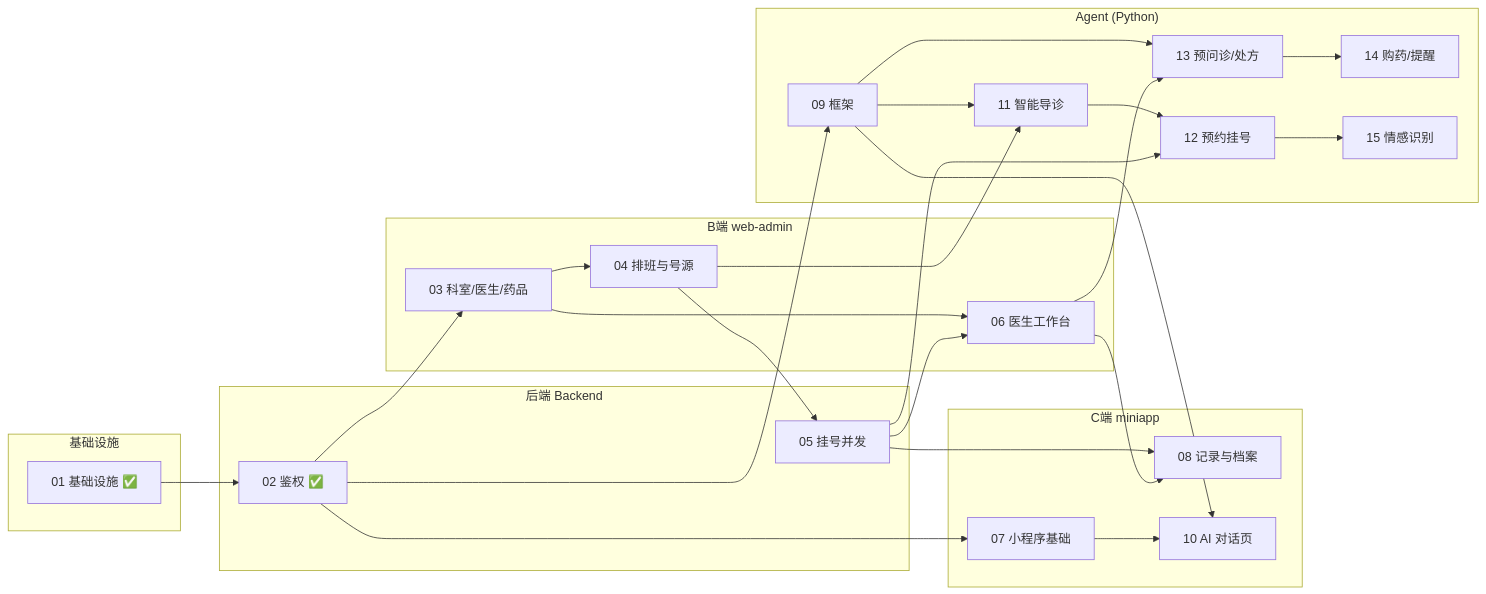
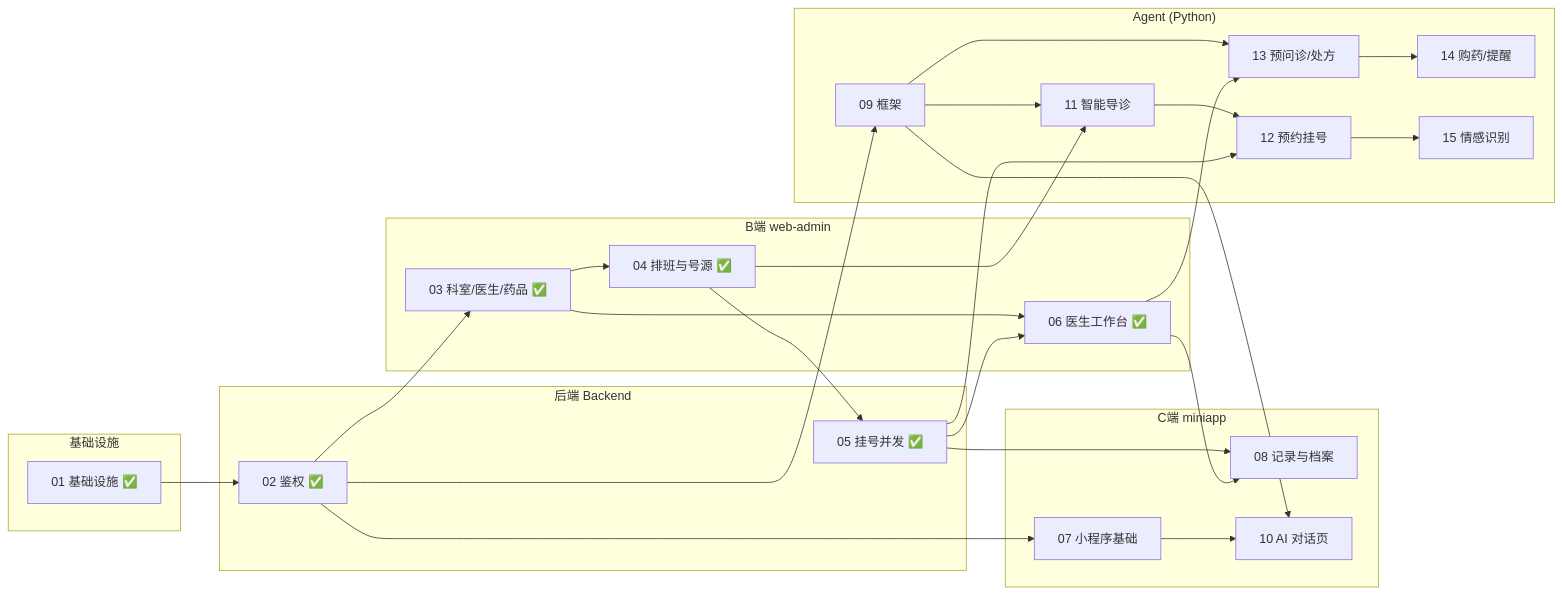
The second of 2 diagrams in docs/ticket-dependencies.md (qingchen108/zhiyv), drawn with Mermaid before and after one commit. The commit also changed other lines of this file and 43 other files, not shown here.

````diff
--- a/docs/ticket-dependencies.md
+++ b/docs/ticket-dependencies.md
@@ -75,49 +75,49 @@
 ```mermaid
 graph LR
     subgraph Infra["基础设施"]
         T01["01 基础设施 ✅"]
     end
     subgraph Backend["后端 Backend"]
         T02["02 鉴权 ✅"]
-        T05["05 挂号并发"]
+        T05["05 挂号并发 ✅"]
     end
     subgraph Admin["B端 web-admin"]
-        T03["03 科室/医生/药品"]
-        T04["04 排班与号源"]
-        T06["06 医生工作台"]
+        T03["03 科室/医生/药品 ✅"]
+        T04["04 排班与号源 ✅"]
+        T06["06 医生工作台 ✅"]
     end
     subgraph Mini["C端 miniapp"]
         T07["07 小程序基础"]
         T08["08 记录与档案"]
         T10["10 AI 对话页"]
     end
     subgraph AgentS["Agent (Python)"]
         T09["09 框架"]
         T11["11 智能导诊"]
         T12["12 预约挂号"]
         T13["13 预问诊/处方"]
         T14["14 购药/提醒"]
         T15["15 情感识别"]
     end
 
     T01 --> T02
     T02 --> T03
     T02 --> T07
     T02 --> T09
     T03 --> T04
     T04 --> T05
     T03 --> T06
     T05 --> T06
     T05 --> T08
     T06 --> T08
     T07 --> T10
     T09 --> T10
     T09 --> T11
     T04 --> T11
     T11 --> T12
     T05 --> T12
     T09 --> T13
     T06 --> T13
     T13 --> T14
     T12 --> T15
 ```
````
